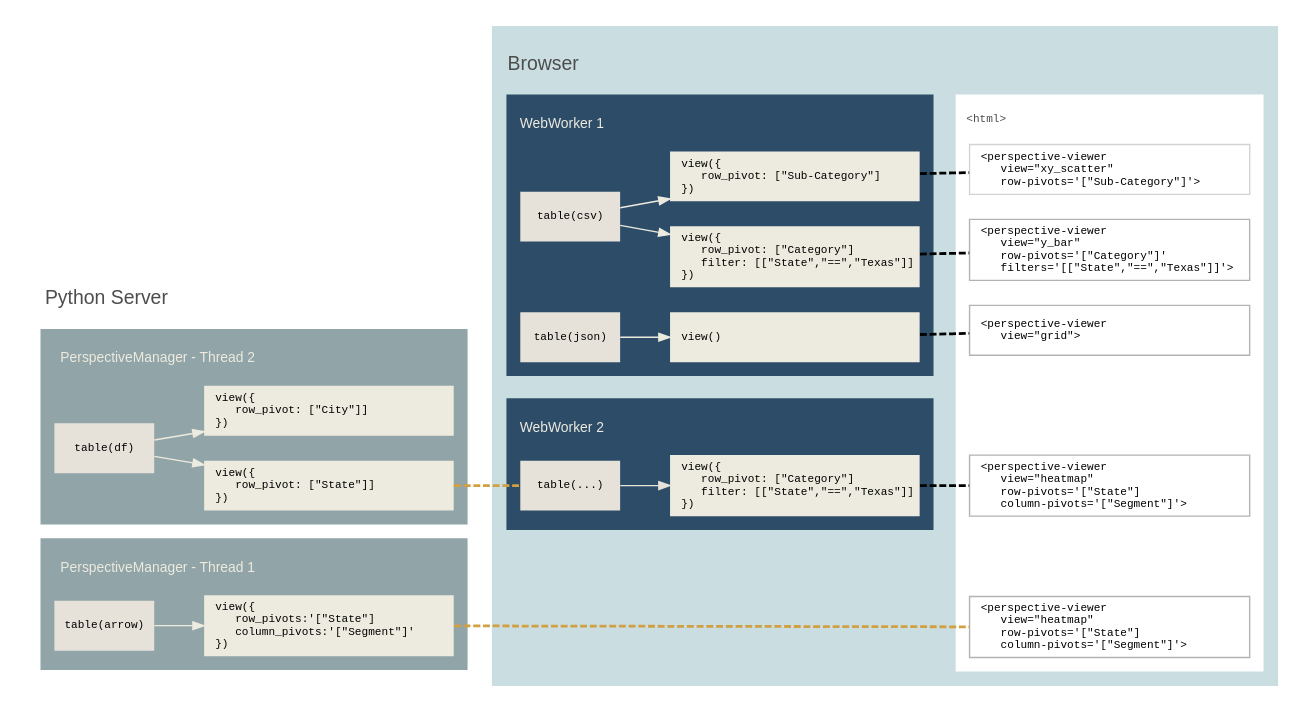
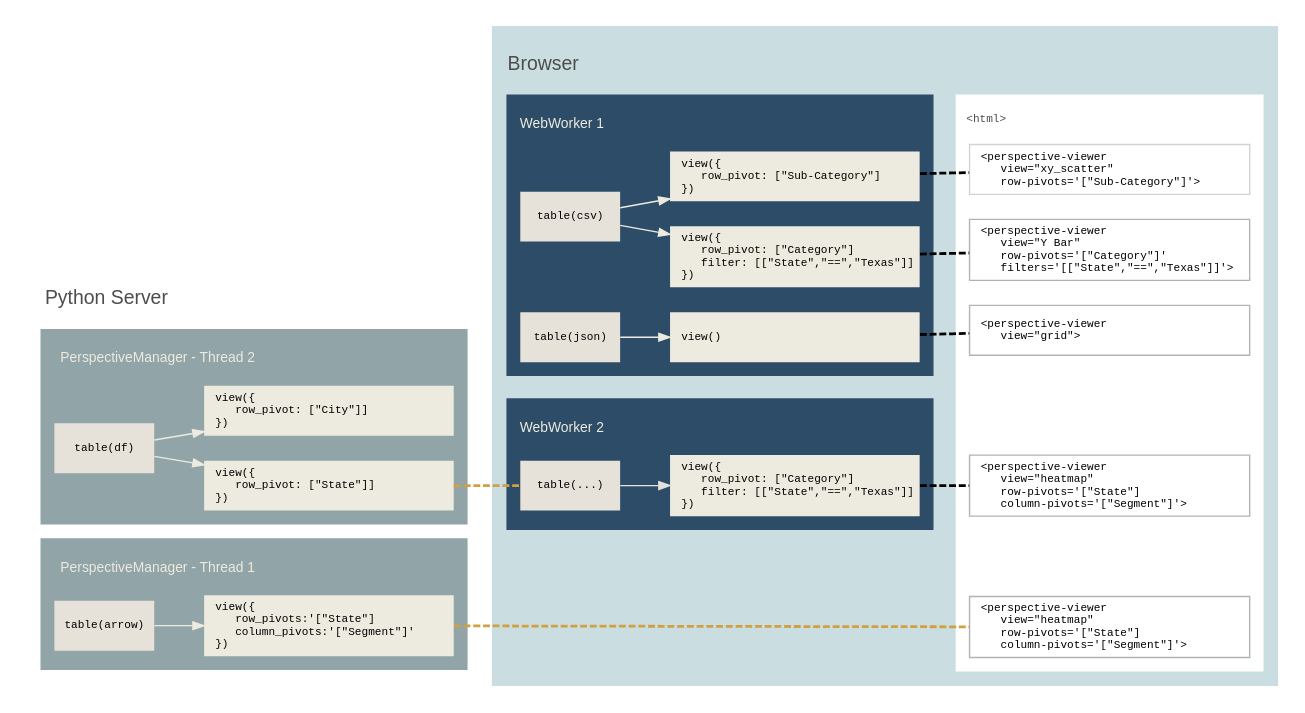
The diagram in docs/static/svg/architecture.dot (finos/perspective), drawn with Graphviz before and after one commit. The commit also changed 39 other files, not shown here.

```diff
--- a/docs/static/svg/architecture.dot
+++ b/docs/static/svg/architecture.dot
@@ -1,196 +1,196 @@
 digraph G {
     graph [rankdir="LR" fontname="helvetica" labeljust="l"]
     node [shape="box" fontname="monospace" fontsize=8 color=gray70 style=filled fillcolor=white];
     edge [color="#EDEBDF" arrowsize=0.8]
     subgraph cluster_11 {
         label="\lPython Server";
         fontcolor=gray30
         margin=10
         color=none
         subgraph cluster_thread_2 {
             graph [
                 label="\lPerspectiveManager - Thread 2";
                 style=filled
                 fillcolor="#91A4A8"
                 color=none
                 fontcolor="#EDEBDF"
                 fontsize=10
                 margin=10
             ]
             table_thread_2 [
                 label="table(df)"
                 width=1
                 color=none
                 fillcolor="#E6E2DA"
             ]
             view_thread_2 [
                 label="view({\l    row_pivot: [\"State\"]]\l})\l"
                 width=2.5
                 color=none
                 fillcolor="#EDEBDF"
             ]
             view_thread_2_2 [
                 label="view({\l    row_pivot: [\"City\"]]\l})\l"
                 width=2.5
                 color=none
                 fillcolor="#EDEBDF"
             ]
             table_thread_2 -> view_thread_2_2;
             table_thread_2 -> view_thread_2;
         }
         subgraph cluster_thread_1 {
             graph [
                 label="\lPerspectiveManager - Thread 1";
                 style=filled
                 fillcolor="#91A4A8"
                 color=none
                 fontcolor="#EDEBDF"
                 fontsize=10
                 margin=10
             ]
             table_thread_1 [
                 label="table(arrow)"
                 width=1
                 color=none
                 fillcolor="#E6E2DA"
             ]
             view_thread_1 [
                 label="view({\l    row_pivots:'[\"State\"]\l    column_pivots:'[\"Segment\"]'\l})\l"
                 width=2.5
                 color=none
                 fillcolor="#EDEBDF"
             ]
             table_thread_1 -> view_thread_1;
         }
     }
     subgraph cluster_browser {
         graph [
             label="\lBrowser";
             color="#CADEE1";
             margin=10
             style=filled;
             fontcolor=gray30
         ]
         subgraph cluster_2 {
             graph [
                 label="\lWebWorker 1";
                 style=filled
                 margin=10
                 fillcolor="#2D4C68"
                 color=none
                 fontcolor="#EDEBDF"
                 fontsize=10
             ]
             table1 [
                 label="table(csv)"
                 width=1
                 color=none
                 fillcolor="#E6E2DA"
             ]
             table_remote_view [
                 label="table(json)"
                 width=1
                 color=none
                 fillcolor="#E6E2DA"
             ]
             view1 [
                 label="view({\l    row_pivot: [\"Category\"]\l    filter: [[\"State\",\"==\",\"Texas\"]]\l})\l"
                 width=2.5
                 color=none
                 fillcolor="#EDEBDF"
             ]
             view2 [
                 label="view({\l    row_pivot: [\"Sub-Category\"]\l})\l"
                 width=2.5
                 color=none
                 fillcolor="#EDEBDF"
             ]
             view3 [
                 label="view()\l"
                 width=2.5
                 color=none
                 fillcolor="#EDEBDF"
             ]
             table1 -> {view1 view2};
             table_remote_view -> view3;
         }
         
         subgraph cluster_webworker2 {
             graph [
                 label="\lWebWorker 2";
                 style=filled
                 margin=10
                 fillcolor="#2D4C68"
                 color=none
                 fontcolor="#EDEBDF"
                 fontsize=10
             ]
             table12 [
                 label="table(...)"
                 width=1
                 color=none
                 fillcolor="#E6E2DA"
             ]
 
             view12 [
                 label="view({\l    row_pivot: [\"Category\"]\l    filter: [[\"State\",\"==\",\"Texas\"]]\l})\l"
                 width=2.5
                 color=none
                 fillcolor="#EDEBDF"
             ]
 
             table12 -> {view12}  [color="#E6E2DA"];
         }
 
         view_thread_2  -> table12 [penwidth=2 style=dashed arrowhead=none color="#D1A043"];
 
         view1 -> viewer1 [penwidth=2 style=dashed arrowhead=none color="#666"];
         view2 -> viewer2 [penwidth=2 style=dashed arrowhead=none color="#666"];
         view3 -> viewer3 [penwidth=2 style=dashed arrowhead=none color="#666"];
 
         subgraph cluster_41 {
            graph [
                 label="\l<html>";
                 color=none
                 fillcolor=white
                 fontcolor=gray30
                 fontsize=10
                 fontname="monospace" fontsize=8 color=none 
 
             ]
             viewer1 [
-                label = "<perspective-viewer\l    view=\"y_bar\"\l    row-pivots='[\"Category\"]'\l    filters='[[\"State\",\"==\",\"Texas\"]]'>\l"
+                label = "<perspective-viewer\l    view=\"Y Bar\"\l    row-pivots='[\"Category\"]'\l    filters='[[\"State\",\"==\",\"Texas\"]]'>\l"
                 width=2.8
             ];
             viewer2 [
                 label = "<perspective-viewer\l    view=\"xy_scatter\"\l    row-pivots='[\"Sub-Category\"]'>\l"
                 width=2.8
                 color=lightgrey
             ];
             viewer3 [
                 label = "<perspective-viewer\l    view=\"grid\">\l"
                 width=2.8
             ];
             viewerN [
                 style=invis
             ]
             
             viewer5 [
                 label = "<perspective-viewer\l    view=\"heatmap\"\l    row-pivots='[\"State\"]\l    column-pivots='[\"Segment\"]'>\l"
                 width=2.8
             ];
             viewerZ [
                 style=invis
                 height=0.3
             ]
             viewer4 [
                 label = "<perspective-viewer\l    view=\"heatmap\"\l    row-pivots='[\"State\"]\l    column-pivots='[\"Segment\"]'>\l"
                 width=2.8
             ];
             view_thread_1 -> viewer4 [penwidth=2 style=dashed arrowhead=none color="#D1A043" constraint=false];
             view12 -> viewer5 [penwidth=2 style=dashed arrowhead=none color="#666"];
         }
       
         
     }	
 }
```
